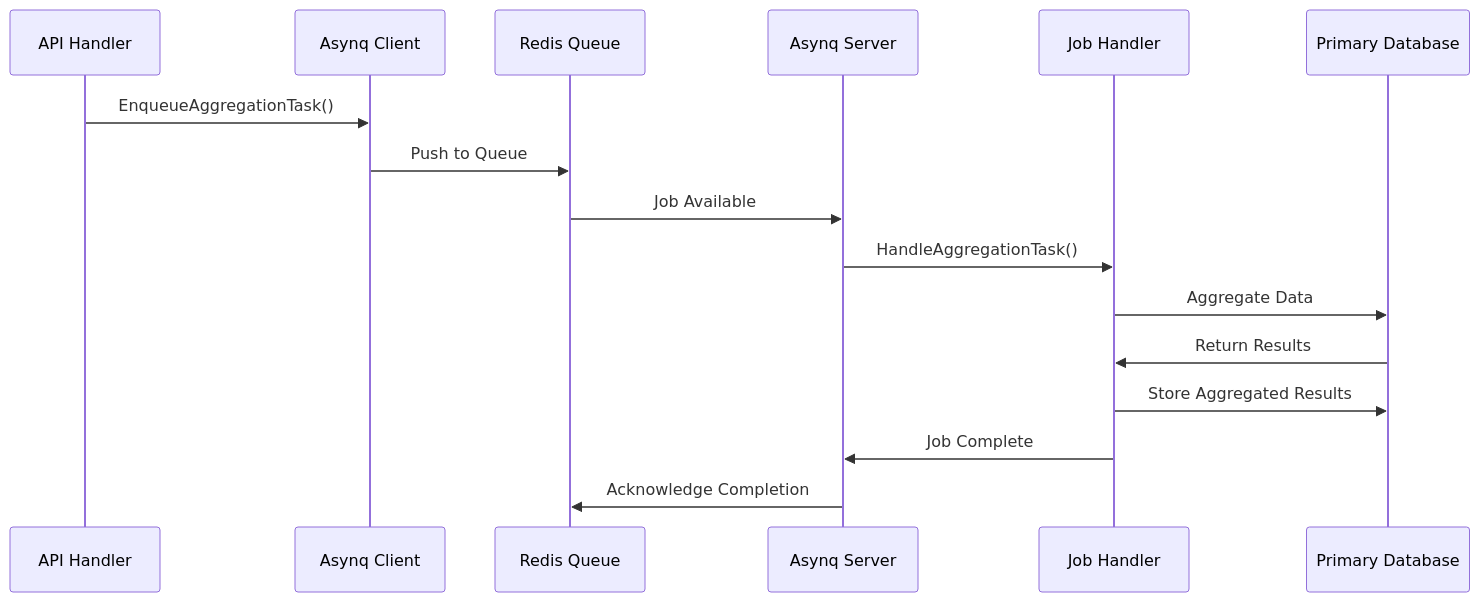
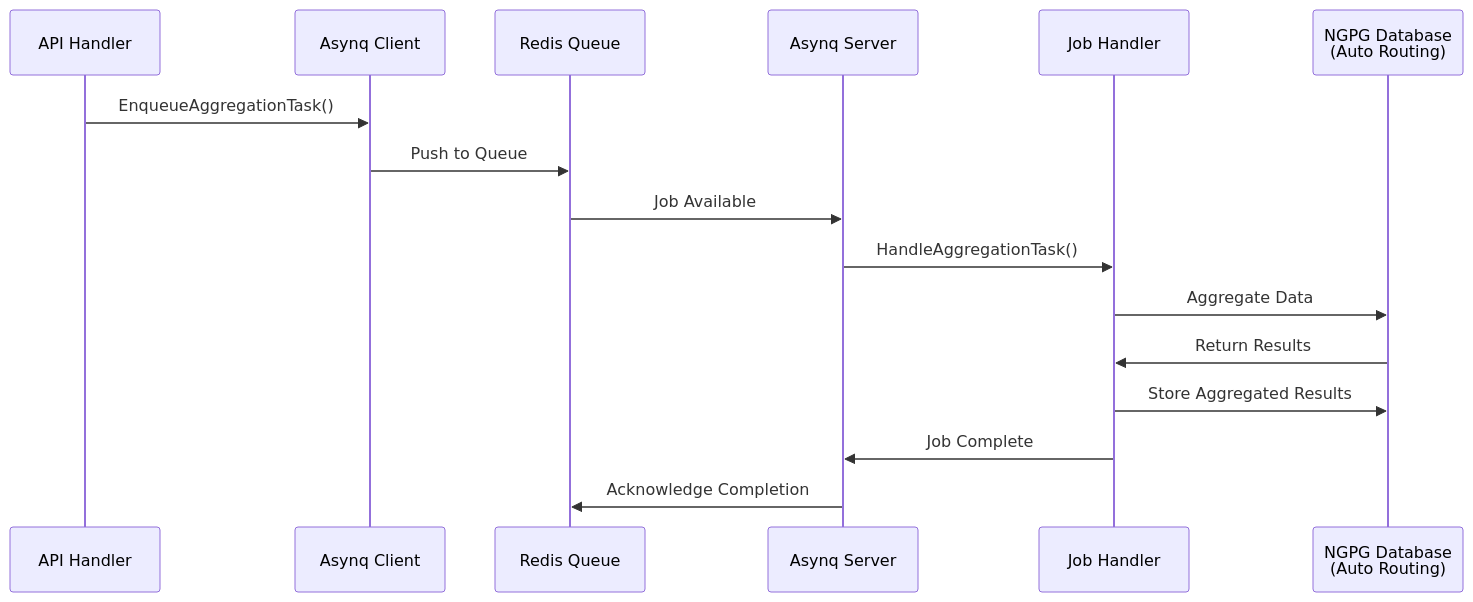
One commit to heroku-examples/saas-go-app changed diagram 14 of 18 in ARCHITECTURE.md. Above: the diagram before and after it, drawn with Mermaid. The commit also changed other lines of this file, not shown here.

````diff
--- a/ARCHITECTURE.md
+++ b/ARCHITECTURE.md
@@ -549,19 +632,19 @@
 ```mermaid
 sequenceDiagram
     participant API as API Handler
     participant Client as Asynq Client
     participant Redis as Redis Queue
     participant Server as Asynq Server
     participant Handler as Job Handler
-    participant DB as Primary Database
+    participant DB as NGPG Database<br/>(Auto Routing)
     
     API->>Client: EnqueueAggregationTask()
     Client->>Redis: Push to Queue
     Redis->>Server: Job Available
     Server->>Handler: HandleAggregationTask()
     Handler->>DB: Aggregate Data
     DB->>Handler: Return Results
     Handler->>DB: Store Aggregated Results
     Handler->>Server: Job Complete
     Server->>Redis: Acknowledge Completion
 ```
````
